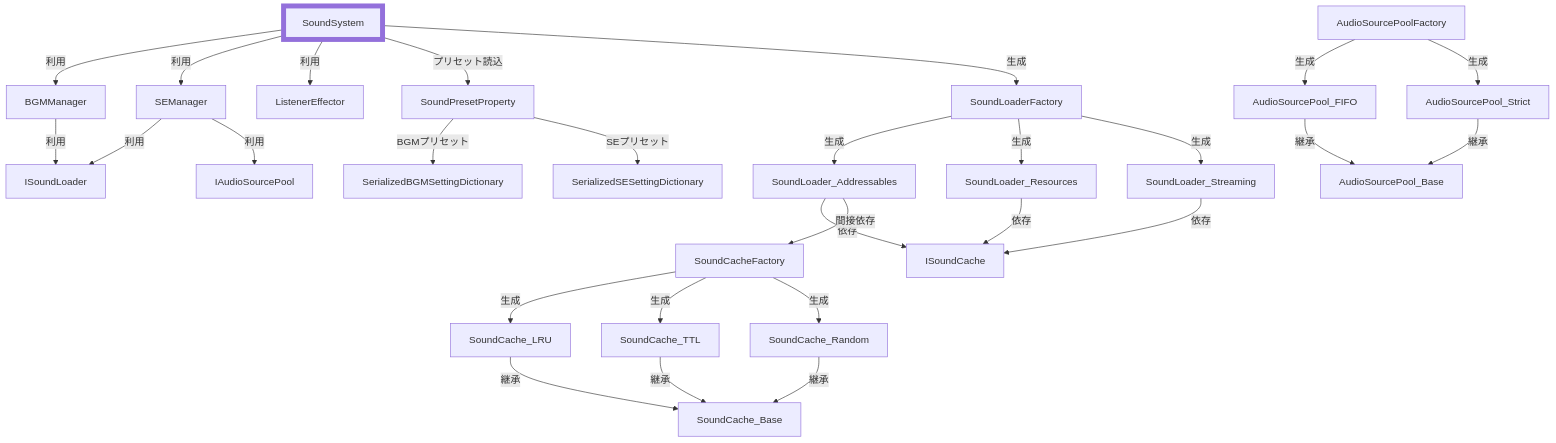
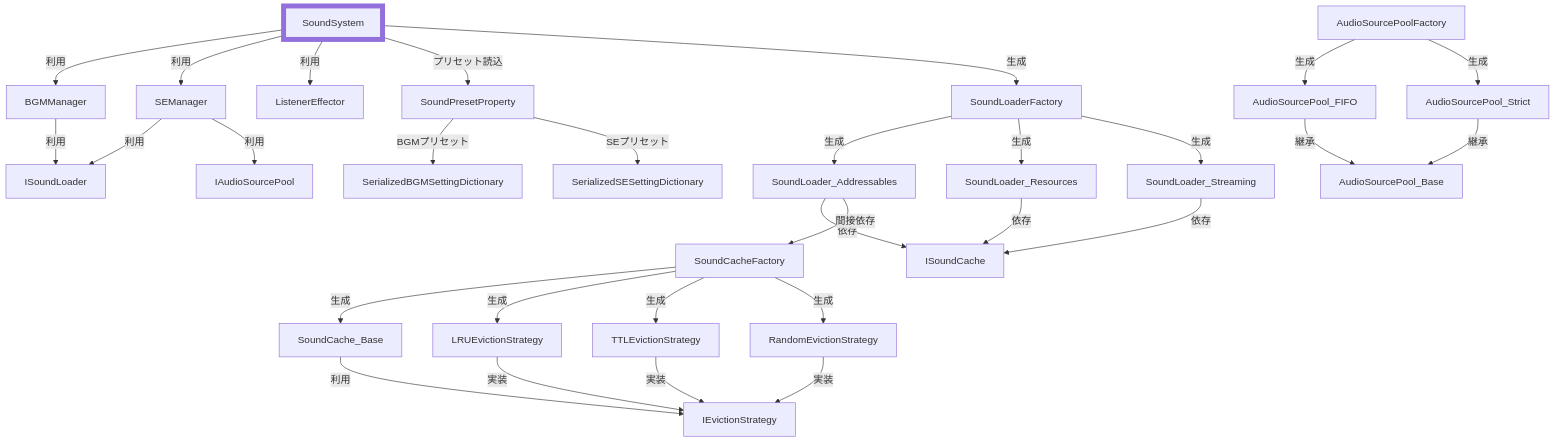
One commit to SunagimoOisii/SoundSystemPlugin_ForUnity changed the diagram in README.md. Above: the diagram before and after it, drawn with Mermaid. The commit also changed other lines of this file and 9 other files, not shown here.

````diff
--- a/README.md
+++ b/README.md
@@ -95,67 +95,70 @@
 ```mermaid
 graph
 
 %% API
 classDef highlight stroke-width:8px
 SoundSystem:::highlight
 SoundPresetProperty
 SerializedBGMSettingDictionary
 SerializedSESettingDictionary
 
 %% Player
 BGMManager
 SEManager
 ListenerEffector
 
 %% Loader & Cache
 ISoundLoader
 SoundLoader_Addressables
 SoundLoader_Resources
 SoundLoader_Streaming
 SoundLoaderFactory
 ISoundCache
 SoundCache_Base
-SoundCache_LRU
-SoundCache_TTL
-SoundCache_Random
+IEvictionStrategy
+LRUEvictionStrategy
+TTLEvictionStrategy
+RandomEvictionStrategy
 SoundCacheFactory
 
 %% Pool
 IAudioSourcePool
 AudioSourcePool_Base
 AudioSourcePool_FIFO
 AudioSourcePool_Strict
 AudioSourcePoolFactory
 
 %% Relations
 SoundSystem -->|利用| BGMManager
 SoundSystem -->|利用| SEManager
 SoundSystem -->|利用| ListenerEffector
 SoundSystem -->|プリセット読込| SoundPresetProperty
 SoundSystem -->|生成| SoundLoaderFactory
 SoundLoaderFactory -->|生成| SoundLoader_Addressables
 SoundLoaderFactory -->|生成| SoundLoader_Resources
 SoundLoaderFactory -->|生成| SoundLoader_Streaming
 SoundLoader_Addressables -->|依存| ISoundCache
 SoundLoader_Resources -->|依存| ISoundCache
 SoundLoader_Streaming -->|依存| ISoundCache
 SoundLoader_Addressables -->|間接依存| SoundCacheFactory
 BGMManager -->|利用| ISoundLoader
 SEManager -->|利用| ISoundLoader
 SEManager -->|利用| IAudioSourcePool
 
-SoundCacheFactory -->|生成| SoundCache_LRU
-SoundCacheFactory -->|生成| SoundCache_TTL
-SoundCacheFactory -->|生成| SoundCache_Random
-SoundCache_LRU -->|継承| SoundCache_Base
-SoundCache_TTL -->|継承| SoundCache_Base
-SoundCache_Random -->|継承| SoundCache_Base
+SoundCacheFactory -->|生成| SoundCache_Base
+SoundCacheFactory -->|生成| LRUEvictionStrategy
+SoundCacheFactory -->|生成| TTLEvictionStrategy
+SoundCacheFactory -->|生成| RandomEvictionStrategy
+SoundCache_Base -->|利用| IEvictionStrategy
+LRUEvictionStrategy -->|実装| IEvictionStrategy
+TTLEvictionStrategy -->|実装| IEvictionStrategy
+RandomEvictionStrategy -->|実装| IEvictionStrategy
 
 AudioSourcePoolFactory -->|生成| AudioSourcePool_FIFO
 AudioSourcePoolFactory -->|生成| AudioSourcePool_Strict
 AudioSourcePool_FIFO -->|継承| AudioSourcePool_Base
 AudioSourcePool_Strict -->|継承| AudioSourcePool_Base
 
 SoundPresetProperty -->|BGMプリセット| SerializedBGMSettingDictionary
 SoundPresetProperty -->|SEプリセット| SerializedSESettingDictionary
 ```
````
